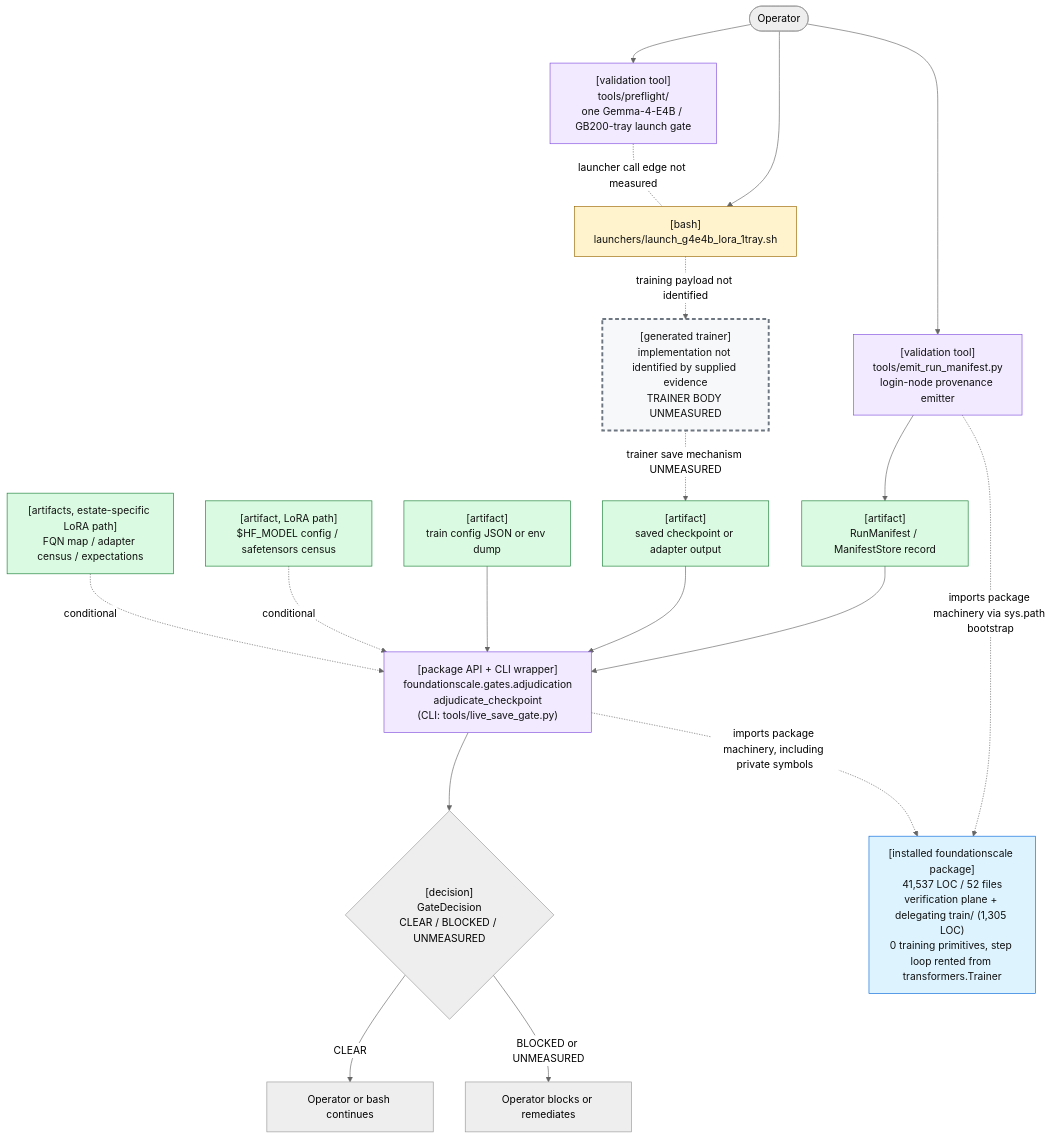
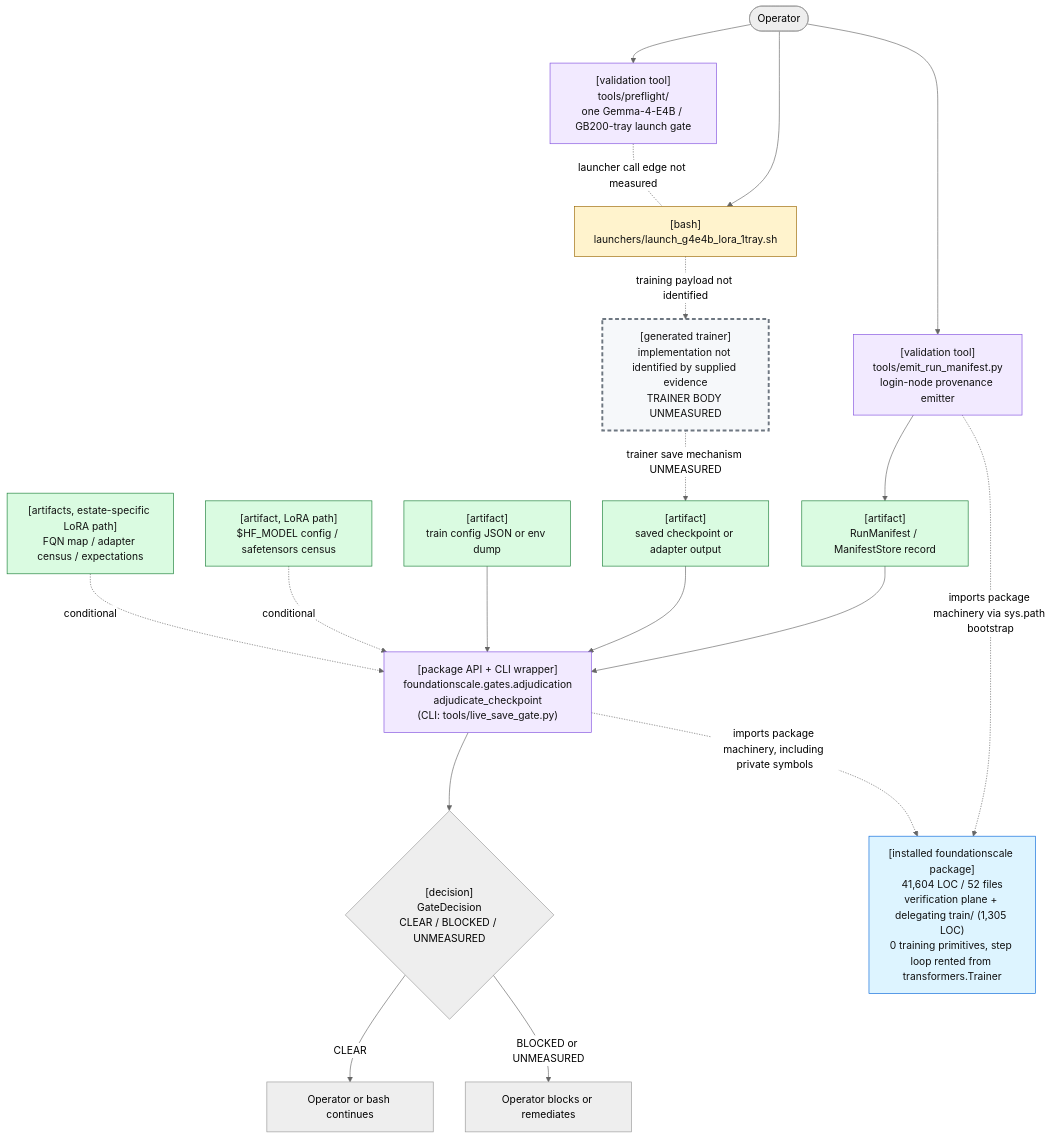
Before and after one commit to TranNhiem/FoundationScale: the first of 2 diagrams in docs/review/D2_current_architecture.md, drawn with Mermaid (neutral theme). The commit also changed other lines of this file and 12 other files, not shown here.

````diff
--- a/docs/review/D2_current_architecture.md
+++ b/docs/review/D2_current_architecture.md
@@ -25,59 +25,59 @@
 ```mermaid
 flowchart TB
   O(["Operator"])
 
   PF["[validation tool]<br/>tools/preflight/<br/>one Gemma-4-E4B / GB200-tray launch gate"]
   L["[bash]<br/>launchers/launch_g4e4b_lora_1tray.sh"]
 
   E["[validation tool]<br/>tools/emit_run_manifest.py<br/>login-node provenance emitter"]
   M["[artifact]<br/>RunManifest / ManifestStore record"]
 
   T["[generated trainer]<br/>implementation not identified by supplied evidence<br/>TRAINER BODY UNMEASURED"]
   C["[artifact]<br/>saved checkpoint or adapter output"]
 
   G["[package API + CLI wrapper]<br/>foundationscale.gates.adjudication<br/>adjudicate_checkpoint<br/>(CLI: tools/live_save_gate.py)"]
   CFG["[artifact]<br/>train config JSON or env dump"]
   BASE["[artifact, LoRA path]<br/>$HF_MODEL config / safetensors census"]
   CEN["[artifacts, estate-specific LoRA path]<br/>FQN map / adapter census / expectations"]
 
   D{"[decision]<br/>GateDecision<br/>CLEAR / BLOCKED / UNMEASURED"}
   OK["Operator or bash continues"]
   NO["Operator blocks or remediates"]
 
-  PKG["[installed foundationscale package]<br/>41,537 LOC / 52 files<br/>verification plane + delegating train/ (1,305 LOC)<br/>0 training primitives, step loop rented from transformers.Trainer"]
+  PKG["[installed foundationscale package]<br/>41,604 LOC / 52 files<br/>verification plane + delegating train/ (1,305 LOC)<br/>0 training primitives, step loop rented from transformers.Trainer"]
 
   O --> PF
   O --> L
   PF -. "launcher call edge not measured" .- L
 
   O --> E
   E --> M
 
   L -. "training payload not identified" .-> T
   T -. "trainer save mechanism UNMEASURED" .-> C
 
   M --> G
   C --> G
   CFG --> G
   BASE -. "conditional" .-> G
   CEN -. "conditional" .-> G
 
   E -. "imports package machinery via sys.path bootstrap" .-> PKG
   G -. "imports package machinery, including private symbols" .-> PKG
 
   G --> D
   D -->|"CLEAR"| OK
   D -->|"BLOCKED or UNMEASURED"| NO
 
   classDef bash fill:#fff3cd,stroke:#9a6700,color:#111;
   classDef tool fill:#f2eaff,stroke:#8250df,color:#111;
   classDef artifact fill:#dafbe1,stroke:#1a7f37,color:#111;
   classDef gap fill:#f6f8fa,stroke:#6e7781,stroke-width:3px,stroke-dasharray: 6 4,color:#111;
   classDef pkg fill:#ddf4ff,stroke:#0969da,color:#111;
 
   class L bash;
   class PF,E,G tool;
   class M,C,CFG,BASE,CEN artifact;
   class T gap;
   class PKG pkg;
 ```
````
